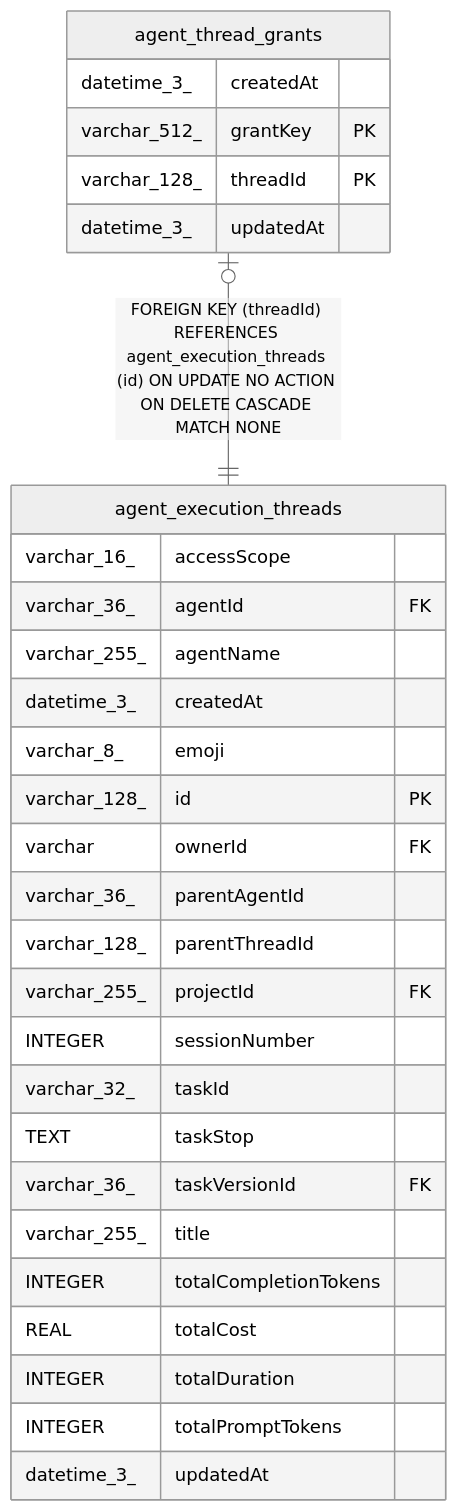
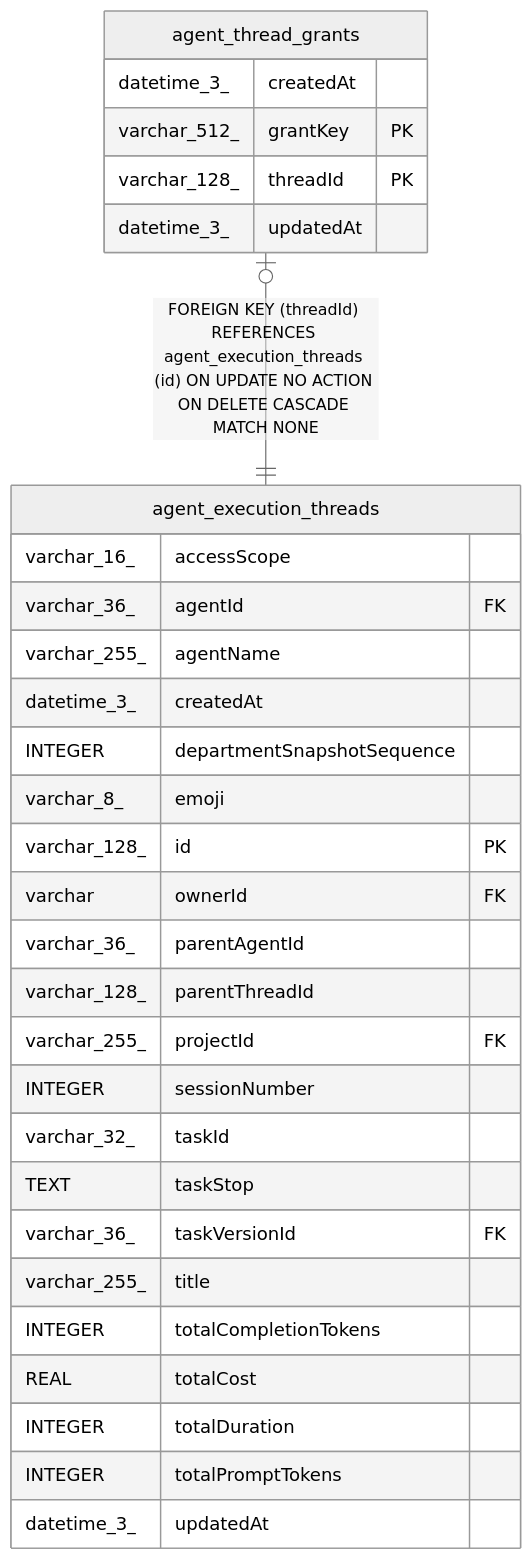
The diagram in docs/generated/sqlite-schema/agent_thread_grants.md (haison1234/Nexora), drawn with Mermaid (neutral theme) before and after one commit. The commit also changed 524 other files, not shown here.

````diff
--- a/docs/generated/sqlite-schema/agent_thread_grants.md
+++ b/docs/generated/sqlite-schema/agent_thread_grants.md
@@ -40,34 +40,35 @@
 ```mermaid
 erDiagram
 
 "agent_thread_grants" |o--|| "agent_execution_threads" : "FOREIGN KEY (threadId) REFERENCES agent_execution_threads (id) ON UPDATE NO ACTION ON DELETE CASCADE MATCH NONE"
 
 "agent_thread_grants" {
   datetime_3_ createdAt
   varchar_512_ grantKey PK
   varchar_128_ threadId PK
   datetime_3_ updatedAt
 }
 "agent_execution_threads" {
   varchar_16_ accessScope
   varchar_36_ agentId FK
   varchar_255_ agentName
   datetime_3_ createdAt
+  INTEGER departmentSnapshotSequence
   varchar_8_ emoji
   varchar_128_ id PK
   varchar ownerId FK
   varchar_36_ parentAgentId
   varchar_128_ parentThreadId
   varchar_255_ projectId FK
   INTEGER sessionNumber
   varchar_32_ taskId
   TEXT taskStop
   varchar_36_ taskVersionId FK
   varchar_255_ title
   INTEGER totalCompletionTokens
   REAL totalCost
   INTEGER totalDuration
   INTEGER totalPromptTokens
   datetime_3_ updatedAt
 }
 ```
````
